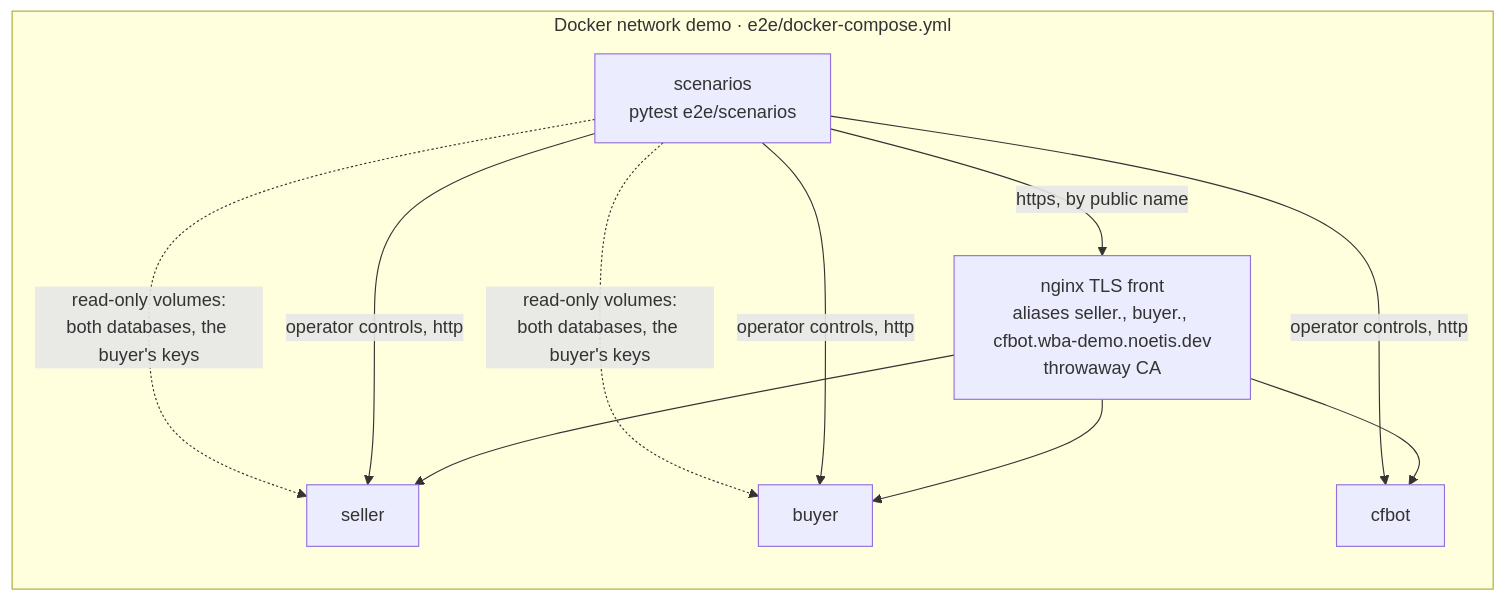
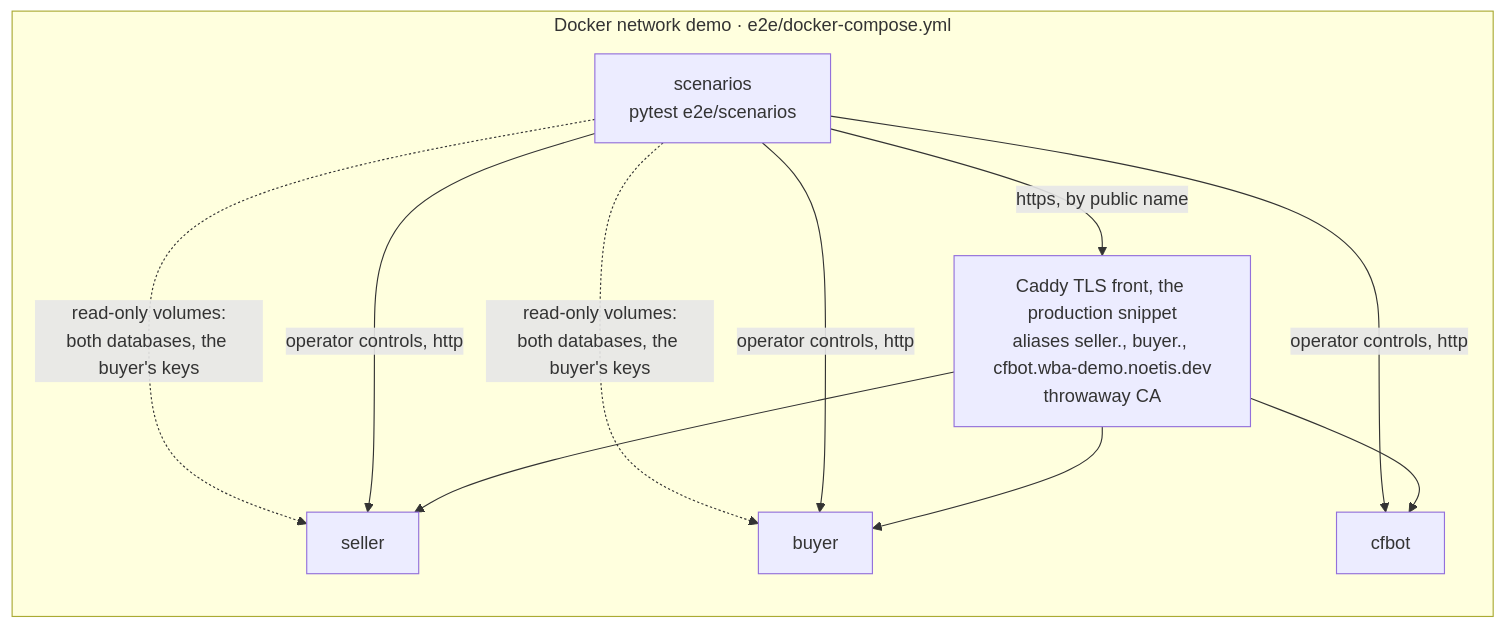
The sixth of 7 diagrams in README.md (KonstantinMirin/openproposal-web-bot-auth), drawn with Mermaid before and after one commit. The commit also changed other lines of this file and 72 other files, not shown here.

````diff
--- a/README.md
+++ b/README.md
@@ -261,14 +261,14 @@
 ```mermaid
 flowchart LR
     subgraph net[Docker network demo · e2e/docker-compose.yml]
-        F[nginx TLS front<br/>aliases seller., buyer., cfbot.wba-demo.noetis.dev<br/>throwaway CA]
+        F[Caddy TLS front, the production snippet<br/>aliases seller., buyer., cfbot.wba-demo.noetis.dev<br/>throwaway CA]
         S[seller] 
         B[buyer]
         C[cfbot]
         T[scenarios<br/>pytest e2e/scenarios]
         F --> S & B & C
         T -- "https, by public name" --> F
         T -- "operator controls, http" --> S & B & C
         T -. "read-only volumes:<br/>both databases, the buyer's keys" .-> S & B
     end
 ```
````
